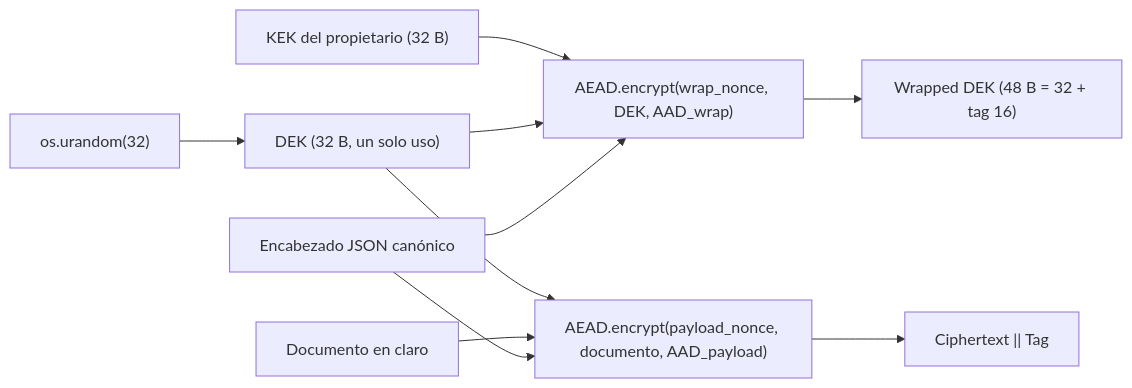
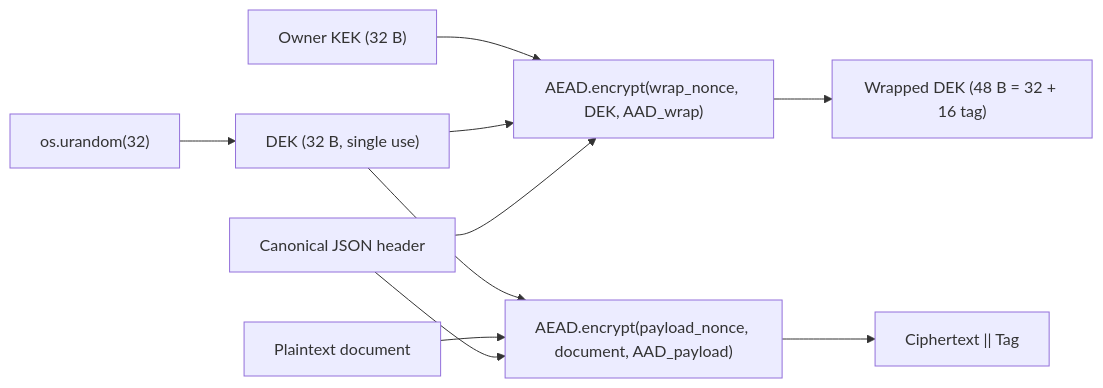
The first of 3 diagrams in D2-Symmetric-Encryption/docs/design_d2.md (YCH14/Cryptography), drawn with Mermaid before and after one commit. The commit also changed other lines of this file, not shown here.

````diff
--- a/D2-Symmetric-Encryption/docs/design_d2.md
+++ b/D2-Symmetric-Encryption/docs/design_d2.md
@@ -40,12 +40,12 @@
 ```mermaid
 flowchart LR
-    KEK["KEK del propietario (32 B)"] --> W["AEAD.encrypt(wrap_nonce, DEK, AAD_wrap)"]
-    RNG1["os.urandom(32)"] --> DEK["DEK (32 B, un solo uso)"]
+    KEK["Owner KEK (32 B)"] --> W["AEAD.encrypt(wrap_nonce, DEK, AAD_wrap)"]
+    RNG1["os.urandom(32)"] --> DEK["DEK (32 B, single use)"]
     DEK --> W
-    W --> WD["Wrapped DEK (48 B = 32 + tag 16)"]
-    DEK --> P["AEAD.encrypt(payload_nonce, documento, AAD_payload)"]
-    DOC["Documento en claro"] --> P
+    W --> WD["Wrapped DEK (48 B = 32 + 16 tag)"]
+    DEK --> P["AEAD.encrypt(payload_nonce, document, AAD_payload)"]
+    DOC["Plaintext document"] --> P
     P --> CT["Ciphertext || Tag"]
-    H["Encabezado JSON canónico"] --> W
+    H["Canonical JSON header"] --> W
     H --> P
 ```
````
